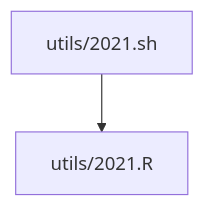
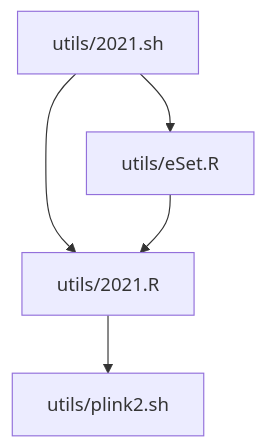
Before and after one commit to jinghuazhao/Caprion: the second of 2 diagrams in docs/README.md, drawn with Mermaid. The commit also changed 3 other files, not shown here.

````diff
--- a/docs/README.md
+++ b/docs/README.md
@@ -50,5 +50,7 @@
 ```mermaid
 graph TB
 utils/2021.sh
-utils/2021.sh --> utils/2021.R
+utils/2021.sh --> utils/eSet.R
+utils/2021.sh --> utils/2021.R --> utils/plink2.sh
+utils/eSet.R --> utils/2021.R
 ```
````
